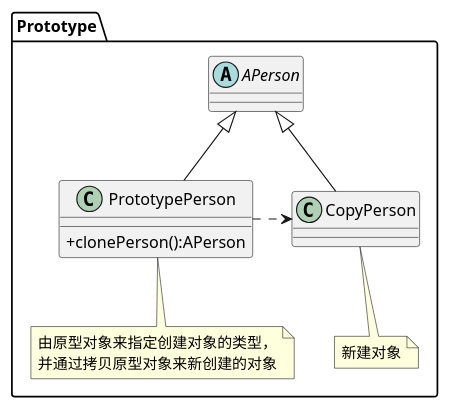
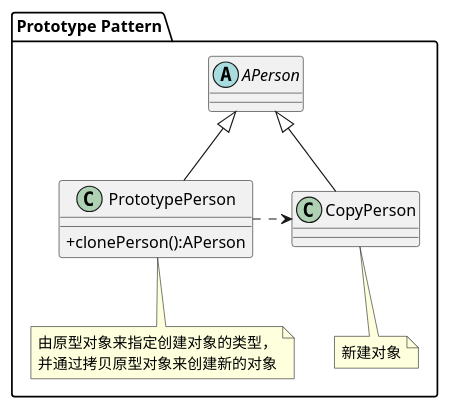
One commit to mxdldev/java-design-pattern changed the diagram in lib_design_pattern/src/main/java/com/mxdl/desigin/pattern/create/a06_prototype/uml/prototype.puml. Above: the diagram before and after it, drawn with PlantUML. The commit also changed 56 other files, not shown here.

```diff
--- a/lib_design_pattern/src/main/java/com/mxdl/desigin/pattern/create/a06_prototype/uml/prototype.puml
+++ b/lib_design_pattern/src/main/java/com/mxdl/desigin/pattern/create/a06_prototype/uml/prototype.puml
@@ -1,16 +1,16 @@
 @startuml
 skinparam classAttributeIconSize 0
-package Prototype{
+package "Prototype Pattern"{
     abstract class APerson
     class PrototypePerson
-    note bottom:由原型对象来指定创建对象的类型，\n并通过拷贝原型对象来新创建的对象
+    note bottom:由原型对象来指定创建对象的类型，\n并通过拷贝原型对象来创建新的对象
     class PrototypePerson extends APerson{
         +clonePerson():APerson
     }
     class CopyPerson
     note bottom:新建对象
     class CopyPerson extends APerson
     PrototypePerson .> CopyPerson
 }
 
 @enduml
```
